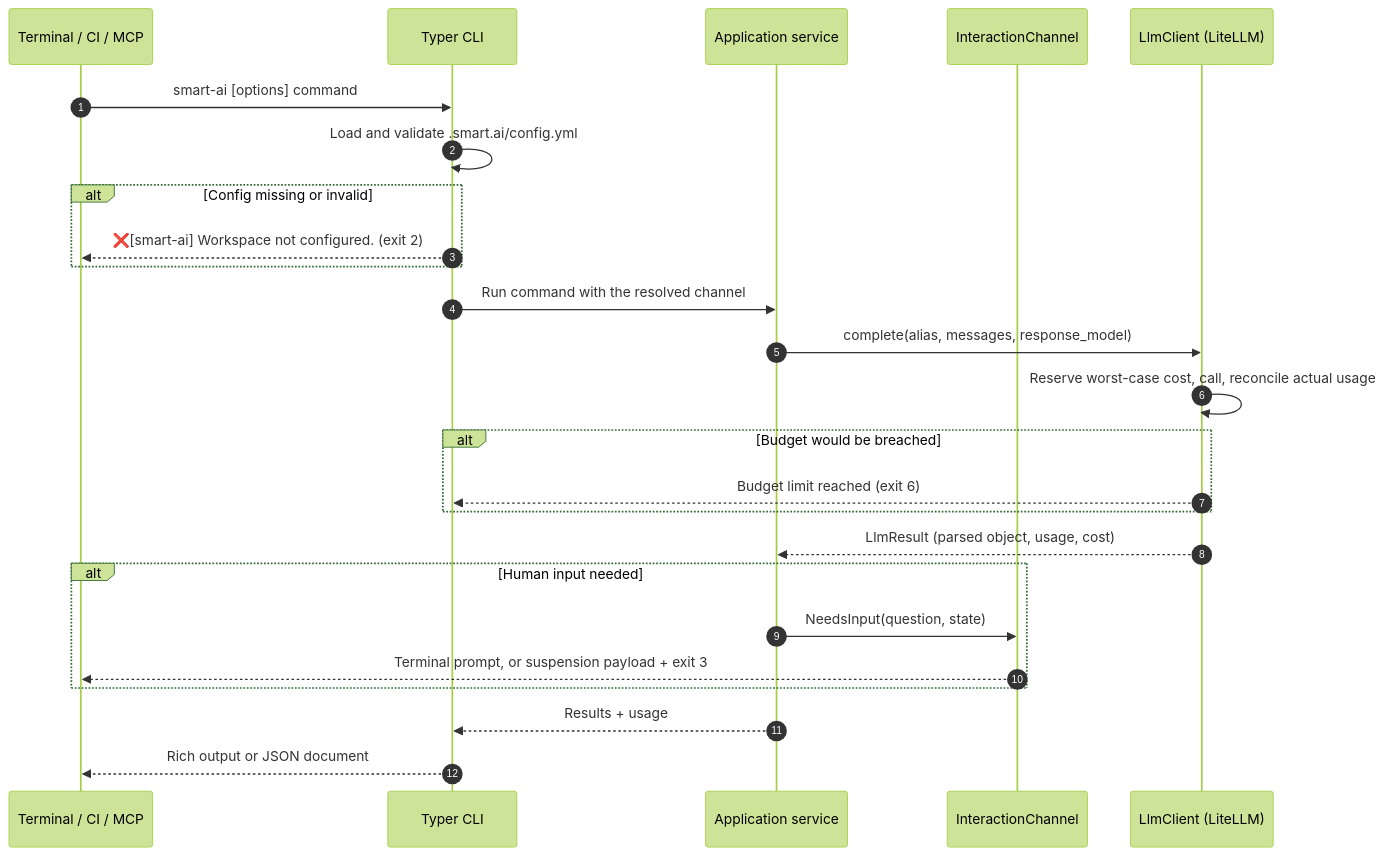
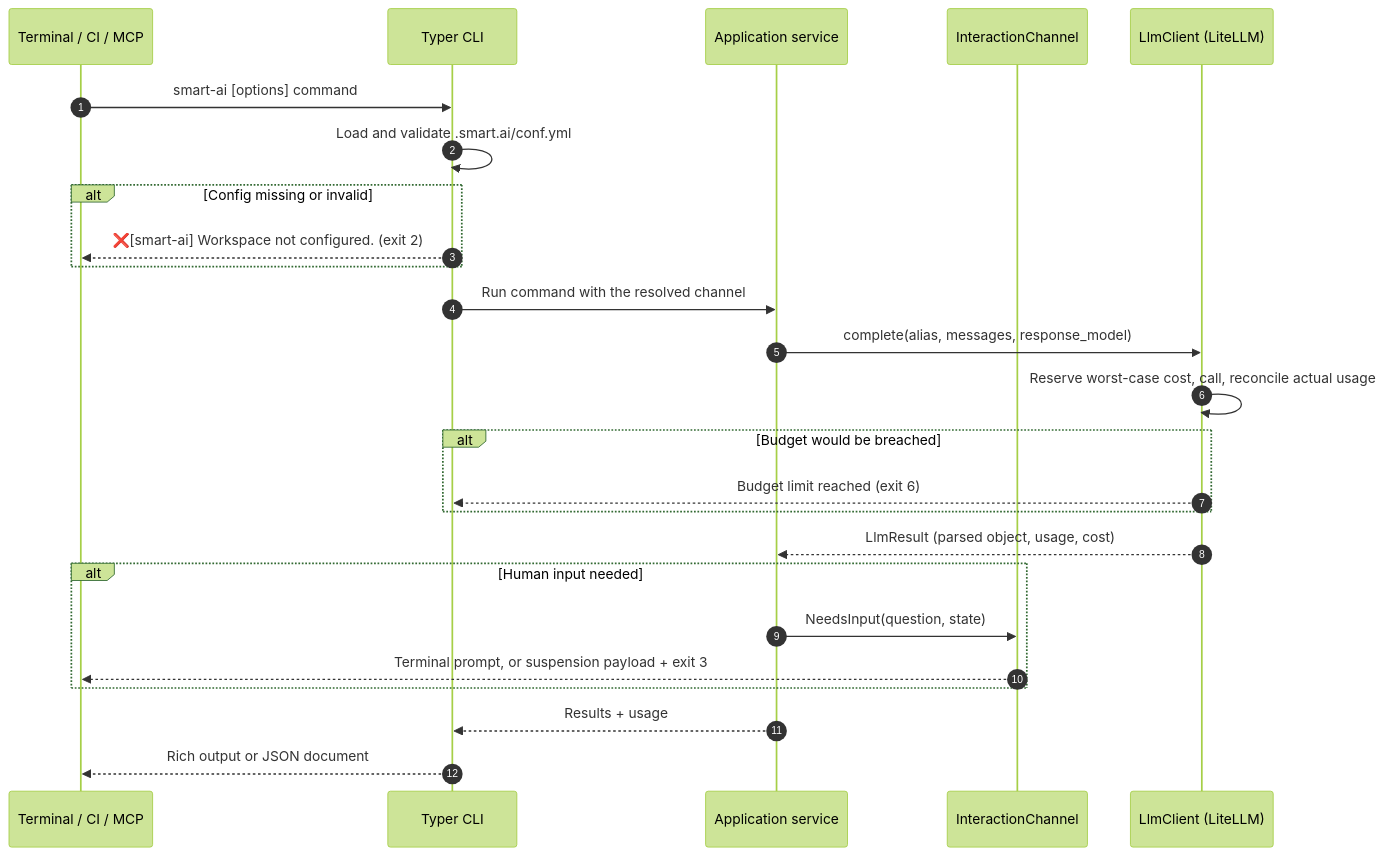
Before and after one commit to fletort/smart-ai-factory: the fourth of 4 diagrams in docs/specs/cli-core.md, drawn with Mermaid (forest theme). The commit also changed other lines of this file and 32 other files, not shown here.

````diff
--- a/docs/specs/cli-core.md
+++ b/docs/specs/cli-core.md
@@ -163,28 +163,28 @@
   ```mermaid
   sequenceDiagram
       autonumber
       participant Caller as Terminal / CI / MCP
       participant CLI as Typer CLI
       participant Svc as Application service
       participant Ch as InteractionChannel
       participant Llm as LlmClient (LiteLLM)
 
       Caller->>CLI: smart-ai [options] command
-      CLI->>CLI: Load and validate .smart.ai/config.yml
+      CLI->>CLI: Load and validate .smart.ai/conf.yml
       alt Config missing or invalid
           CLI-->>Caller: ❌[smart-ai] Workspace not configured. (exit 2)
       end
       CLI->>Svc: Run command with the resolved channel
       Svc->>Llm: complete(alias, messages, response_model)
       Llm->>Llm: Reserve worst-case cost, call, reconcile actual usage
       alt Budget would be breached
           Llm-->>CLI: Budget limit reached (exit 6)
       end
       Llm-->>Svc: LlmResult (parsed object, usage, cost)
       alt Human input needed
           Svc->>Ch: NeedsInput(question, state)
           Ch-->>Caller: Terminal prompt, or suspension payload + exit 3
       end
       Svc-->>CLI: Results + usage
       CLI-->>Caller: Rich output or JSON document
   ```
````
